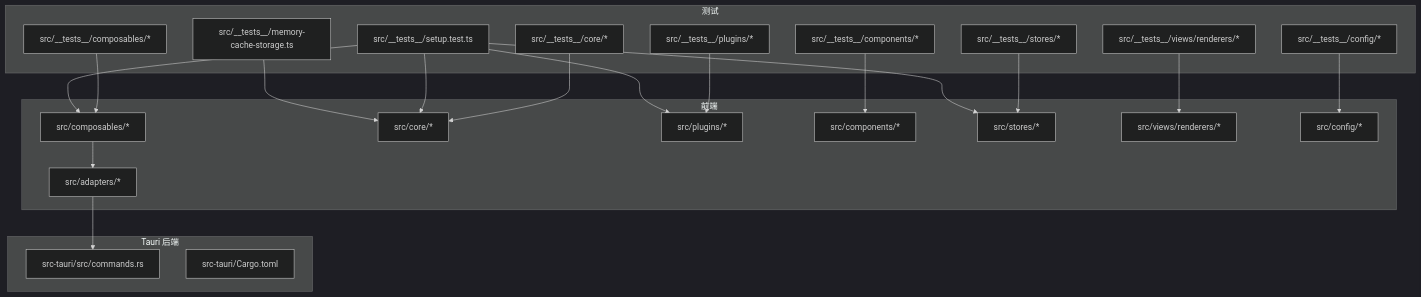
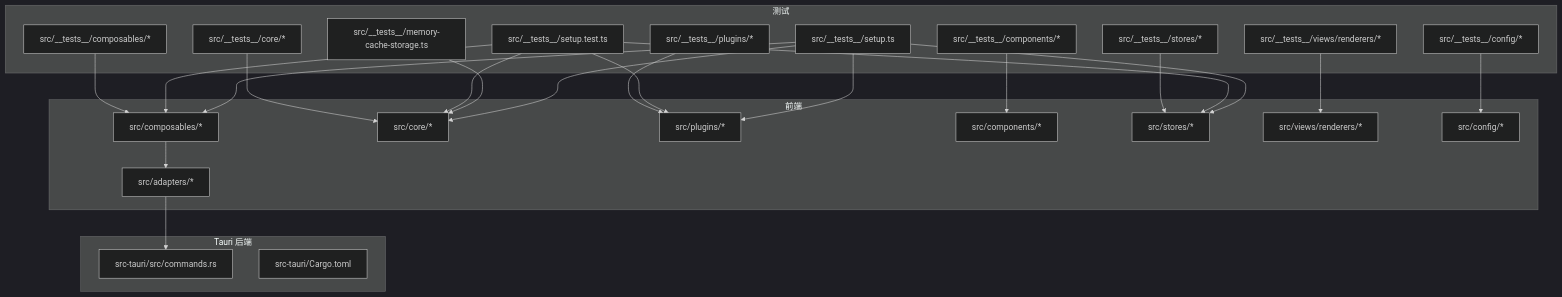
The first of 4 diagrams in .qoder/repowiki/zh/content/测试指南.md (taoweidong/Hello-Tauri), drawn with Mermaid (dark theme) before and after one commit. The commit also changed other lines of this file and 32 other files, not shown here.

````diff
--- a/.qoder/repowiki/zh/content/测试指南.md
+++ b/.qoder/repowiki/zh/content/测试指南.md
@@ -98,42 +98,47 @@
 ```mermaid
 graph TB
 subgraph "前端"
 A["src/composables/*"]
 B["src/core/*"]
 C["src/plugins/*"]
 D["src/components/*"]
 E["src/stores/*"]
 F["src/adapters/*"]
 G["src/views/renderers/*"]
 H["src/config/*"]
 end
 subgraph "测试"
 T1["src/__tests__/composables/*"]
 T2["src/__tests__/core/*"]
 T3["src/__tests__/plugins/*"]
 T4["src/__tests__/components/*"]
 T5["src/__tests__/stores/*"]
 T6["src/__tests__/views/renderers/*"]
 T7["src/__tests__/config/*"]
 T0["src/__tests__/setup.test.ts"]
 TM["src/__tests__/memory-cache-storage.ts"]
+TS["src/__tests__/setup.ts"]
 end
 subgraph "Tauri 后端"
 R1["src-tauri/src/commands.rs"]
 R2["src-tauri/Cargo.toml"]
 end
 T1 --> A
 T2 --> B
 T3 --> C
 T4 --> D
 T5 --> E
 T6 --> G
 T7 --> H
 T0 --> A
 T0 --> B
 T0 --> C
 T0 --> E
 TM --> B
+TS --> A
+TS --> B
+TS --> C
+TS --> E
 A --> F
 F --> R1
 ```
````
